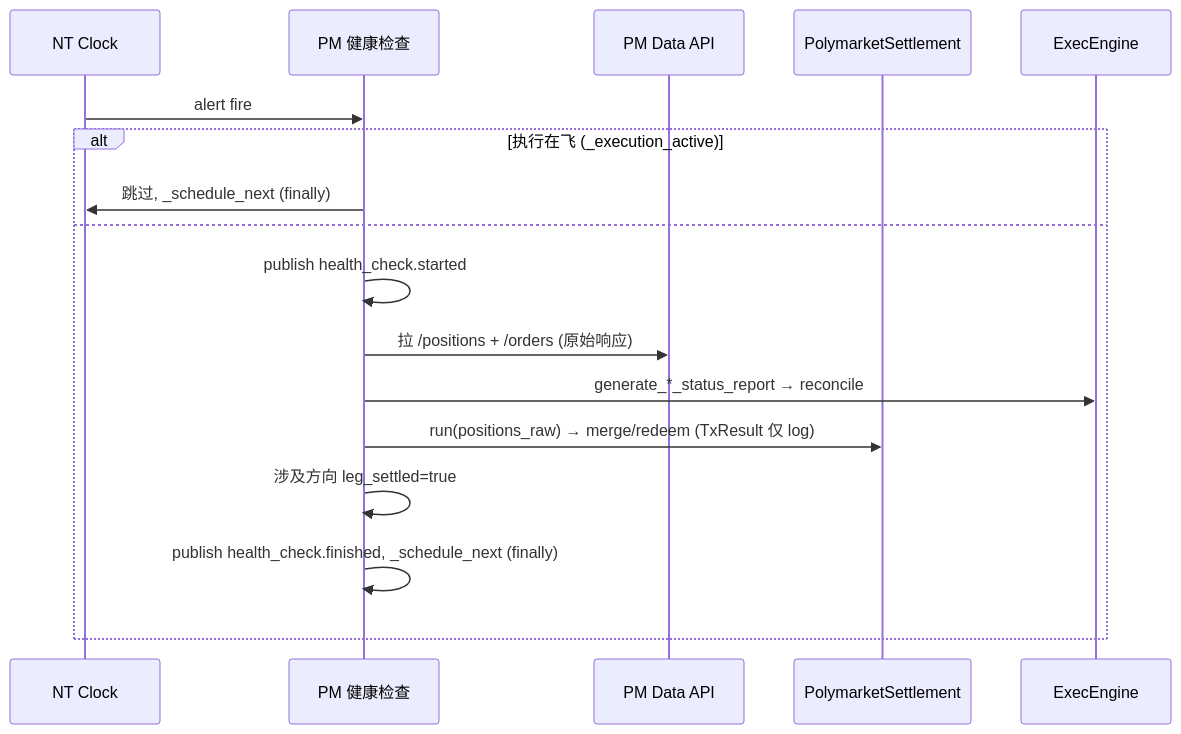
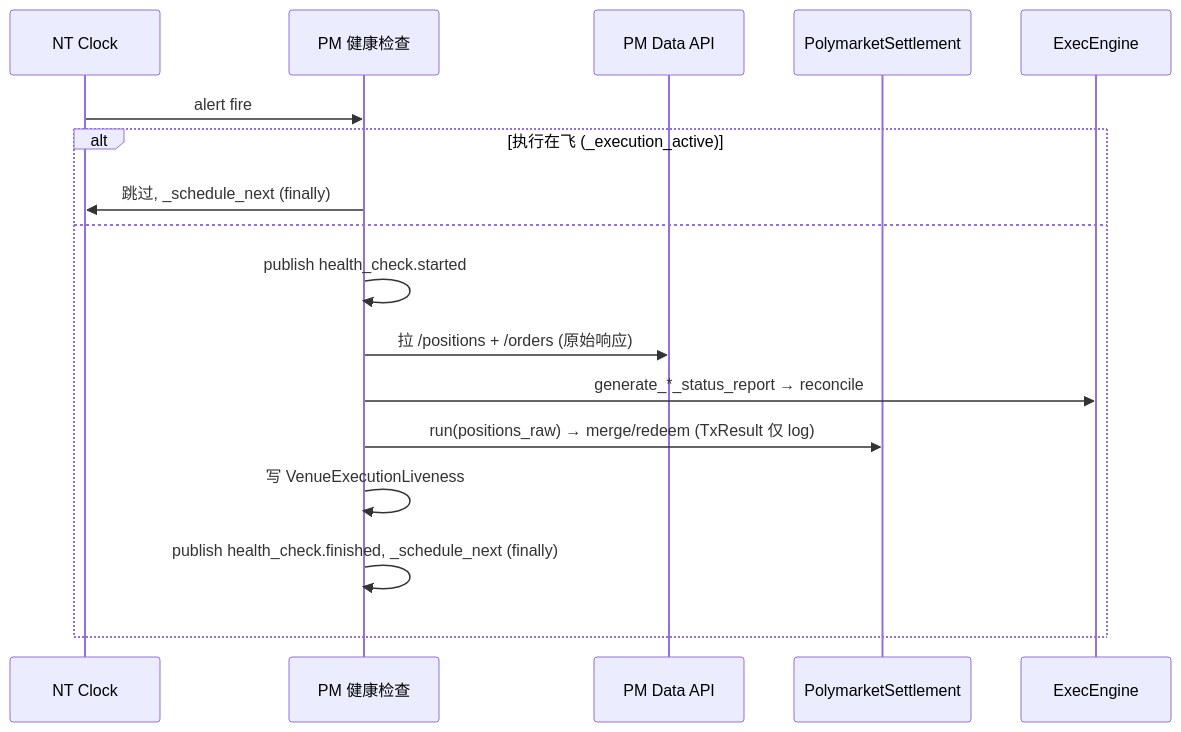
Before and after one commit to psnewer/nautilus_trader: the fifth of 5 diagrams in docs/arbitrage/architectures/execution/architecture.md, drawn with Mermaid. The commit also changed other lines of this file and 57 other files, not shown here.

````diff
--- a/docs/arbitrage/architectures/execution/architecture.md
+++ b/docs/arbitrage/architectures/execution/architecture.md
@@ -419,19 +412,19 @@
 ```mermaid
 sequenceDiagram
   participant CK as NT Clock
   participant HC as PM 健康检查
   participant API as PM Data API
   participant SE as PolymarketSettlement
   participant EE as ExecEngine
   CK->>HC: alert fire
   alt 执行在飞 (_execution_active)
     HC->>CK: 跳过, _schedule_next (finally)
   else
     HC->>HC: publish health_check.started
     HC->>API: 拉 /positions + /orders (原始响应)
     HC->>EE: generate_*_status_report → reconcile
     HC->>SE: run(positions_raw) → merge/redeem (TxResult 仅 log)
-    HC->>HC: 涉及方向 leg_settled=true
+    HC->>HC: 写 VenueExecutionLiveness
     HC->>HC: publish health_check.finished, _schedule_next (finally)
   end
 ```
````
